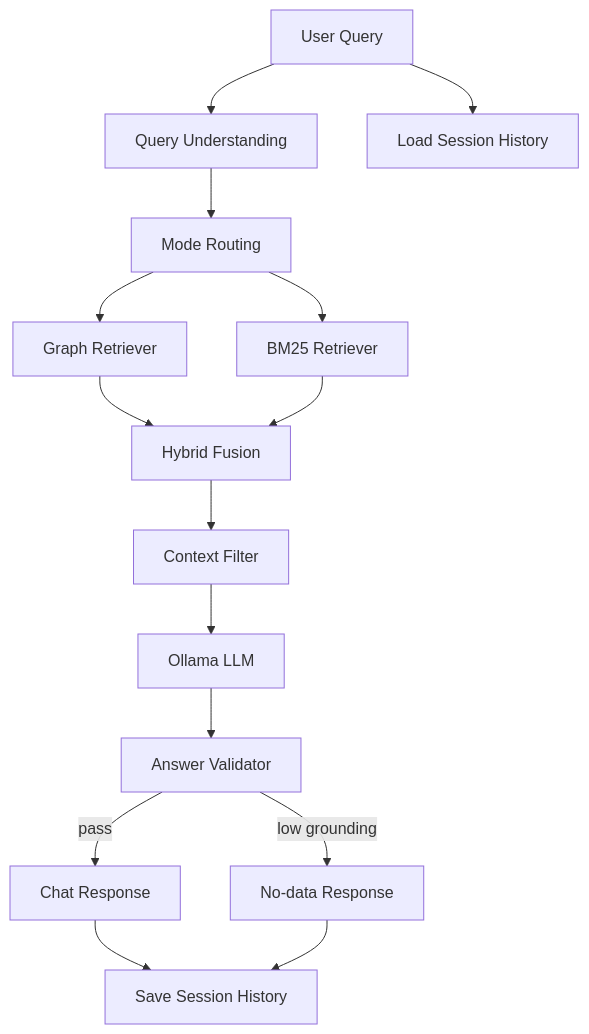
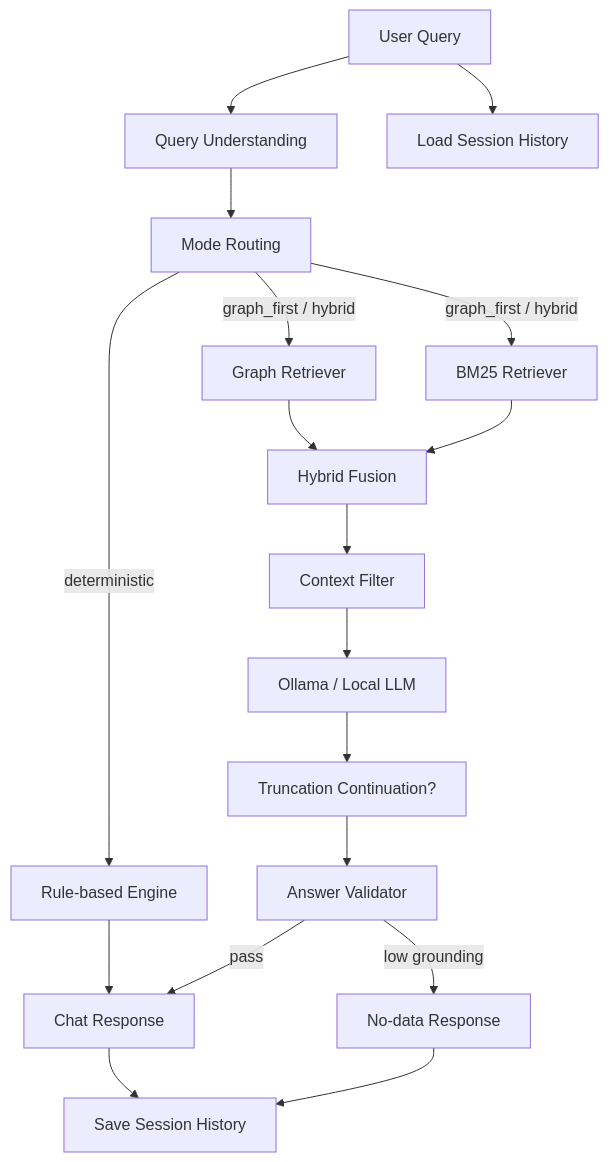
The diagram in docs/chatbot-architecture-detailed.md (tuyentoo1911/extraction-system), drawn with Mermaid before and after one commit. The commit also changed other lines of this file and 8 other files, not shown here.

First line of the commit message:
Update NER/graph pipeline and refresh chatbot documentation.

````diff
--- a/docs/chatbot-architecture-detailed.md
+++ b/docs/chatbot-architecture-detailed.md
@@ -14,21 +14,24 @@
 ```mermaid
 flowchart TD
   userQ[User Query] --> parseQ[Query Understanding]
   parseQ --> route[Mode Routing]
 
-  route --> graphR[Graph Retriever]
-  route --> bm25R[BM25 Retriever]
+  route -->|deterministic| ruleB[Rule-based Engine]
+  route -->|graph_first / hybrid| graphR[Graph Retriever]
+  route -->|graph_first / hybrid| bm25R[BM25 Retriever]
   graphR --> fusion[Hybrid Fusion]
   bm25R --> fusion
 
   fusion --> cFilter[Context Filter]
-  cFilter --> llm[Ollama LLM]
-  llm --> validator[Answer Validator]
+  cFilter --> llm[Ollama / Local LLM]
+  llm --> cont[Truncation Continuation?]
+  cont --> validator[Answer Validator]
 
   validator -->|pass| okResp[Chat Response]
   validator -->|low grounding| noData[No-data Response]
+  ruleB --> okResp
 
   userQ --> memRead[Load Session History]
   okResp --> memWrite[Save Session History]
   noData --> memWrite
 ```
````
